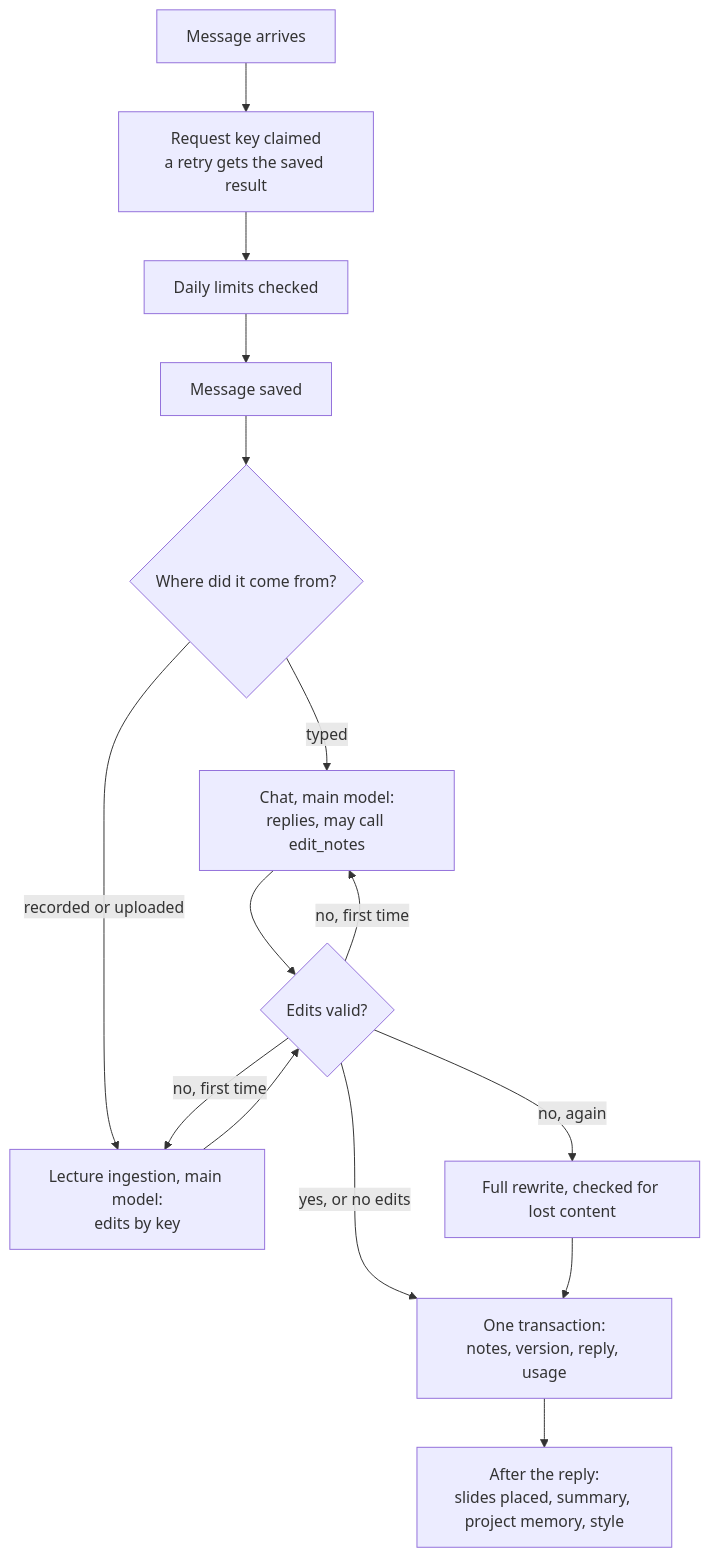
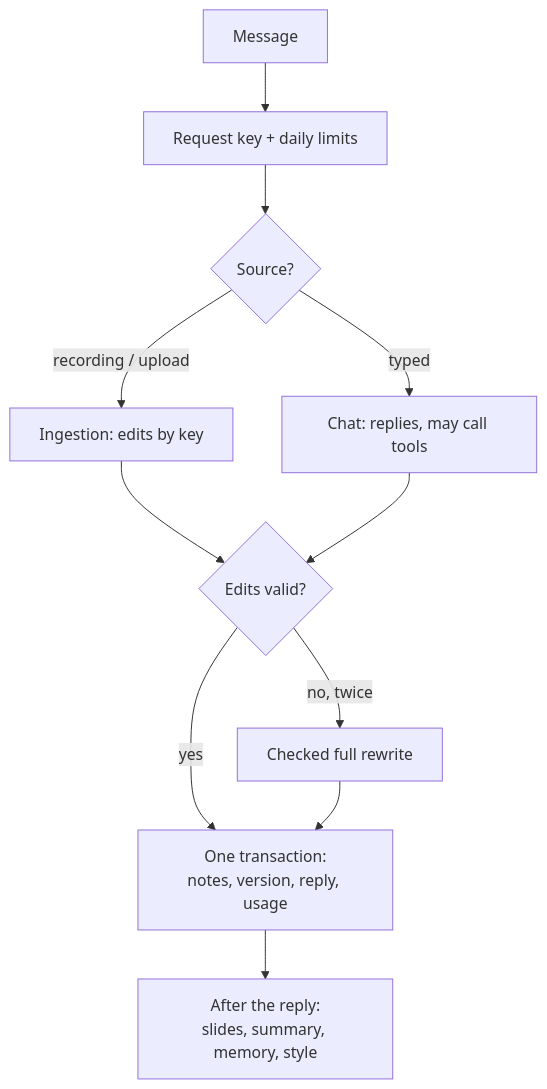
The second of 2 diagrams in DESIGN.md (karlwehbe/Veda), drawn with Mermaid before and after one commit. The commit also changed other lines of this file, not shown here.

````diff
--- a/DESIGN.md
+++ b/DESIGN.md
@@ -170,17 +74,12 @@
 ```mermaid
 flowchart TD
-  M["Message arrives"] --> K["Request key claimed<br/>a retry gets the saved result"]
-  K --> L["Daily limits checked"]
-  L --> SAVE["Message saved"]
-  SAVE --> S{"Where did it come from?"}
-  S -->|"typed"| CH["Chat, main model:<br/>replies, may call edit_notes"]
-  S -->|"recorded or uploaded"| W["Lecture ingestion, main model:<br/>edits by key"]
-  CH --> VAL{"Edits valid?"}
-  W --> VAL
-  VAL -->|"no, first time"| CH
-  VAL -->|"no, first time"| W
-  VAL -->|"no, again"| FR["Full rewrite, checked for lost content"]
-  VAL -->|"yes, or no edits"| COMMIT["One transaction:<br/>notes, version, reply, usage"]
-  FR --> COMMIT
-  COMMIT --> AFTER["After the reply:<br/>slides placed, summary, project memory, style"]
+  M["Message"] --> K["Request key + daily limits"]
+  K --> S{"Source?"}
+  S -->|"recording / upload"| W["Ingestion: edits by key"]
+  S -->|"typed"| C["Chat: replies, may call tools"]
+  W --> V{"Edits valid?"}
+  C --> V
+  V -->|"yes"| SAVE["One transaction:<br/>notes, version, reply, usage"]
+  V -->|"no, twice"| FR["Checked full rewrite"] --> SAVE
+  SAVE --> BG["After the reply:<br/>slides, summary, memory, style"]
 ```
````
